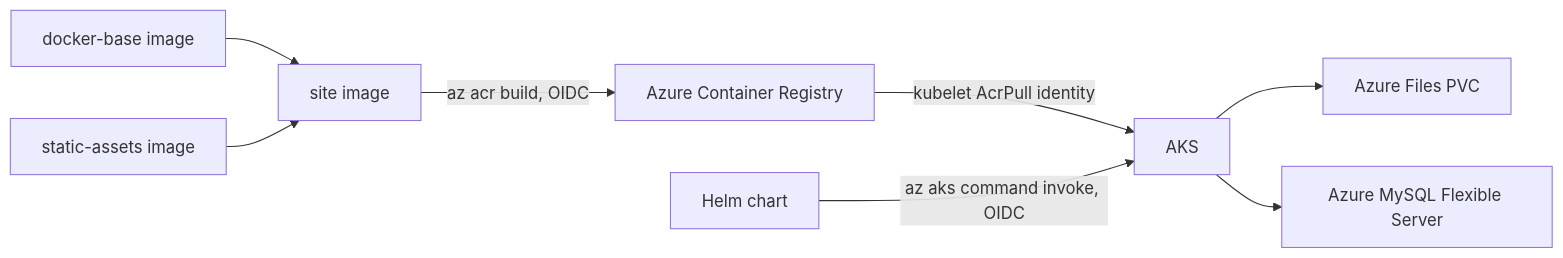
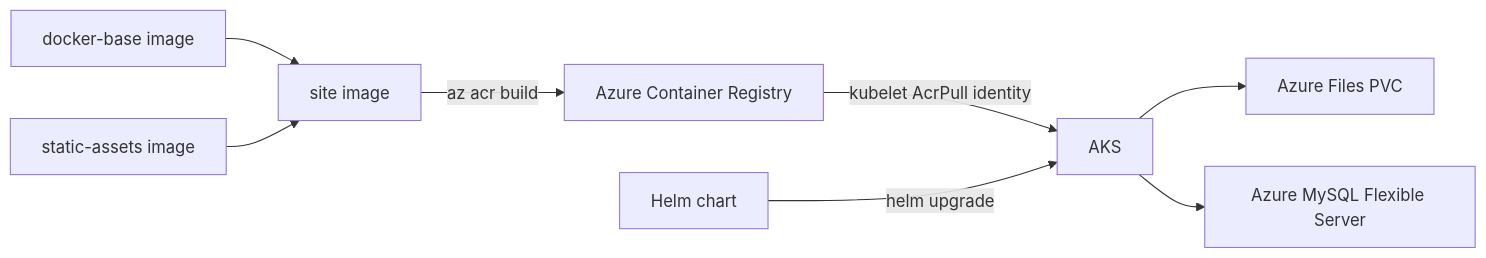
Before and after one commit to chinmaymjog/azure-wordpress-aks: the diagram in README.md, drawn with Mermaid. The commit also changed other lines of this file and 6 other files, not shown here.

````diff
--- a/README.md
+++ b/README.md
@@ -34,10 +45,10 @@
 ```mermaid
 graph LR
     A[docker-base image] --> C[site image]
     B[static-assets image] --> C
-    C -->|az acr build, OIDC| D[Azure Container Registry]
+    C -->|az acr build| D[Azure Container Registry]
     D -->|kubelet AcrPull identity| E[AKS]
-    F[Helm chart] -->|az aks command invoke, OIDC| E
+    F[Helm chart] -->|helm upgrade| E
     E --> G[Azure Files PVC]
     E --> H[Azure MySQL Flexible Server]
 ```
````
